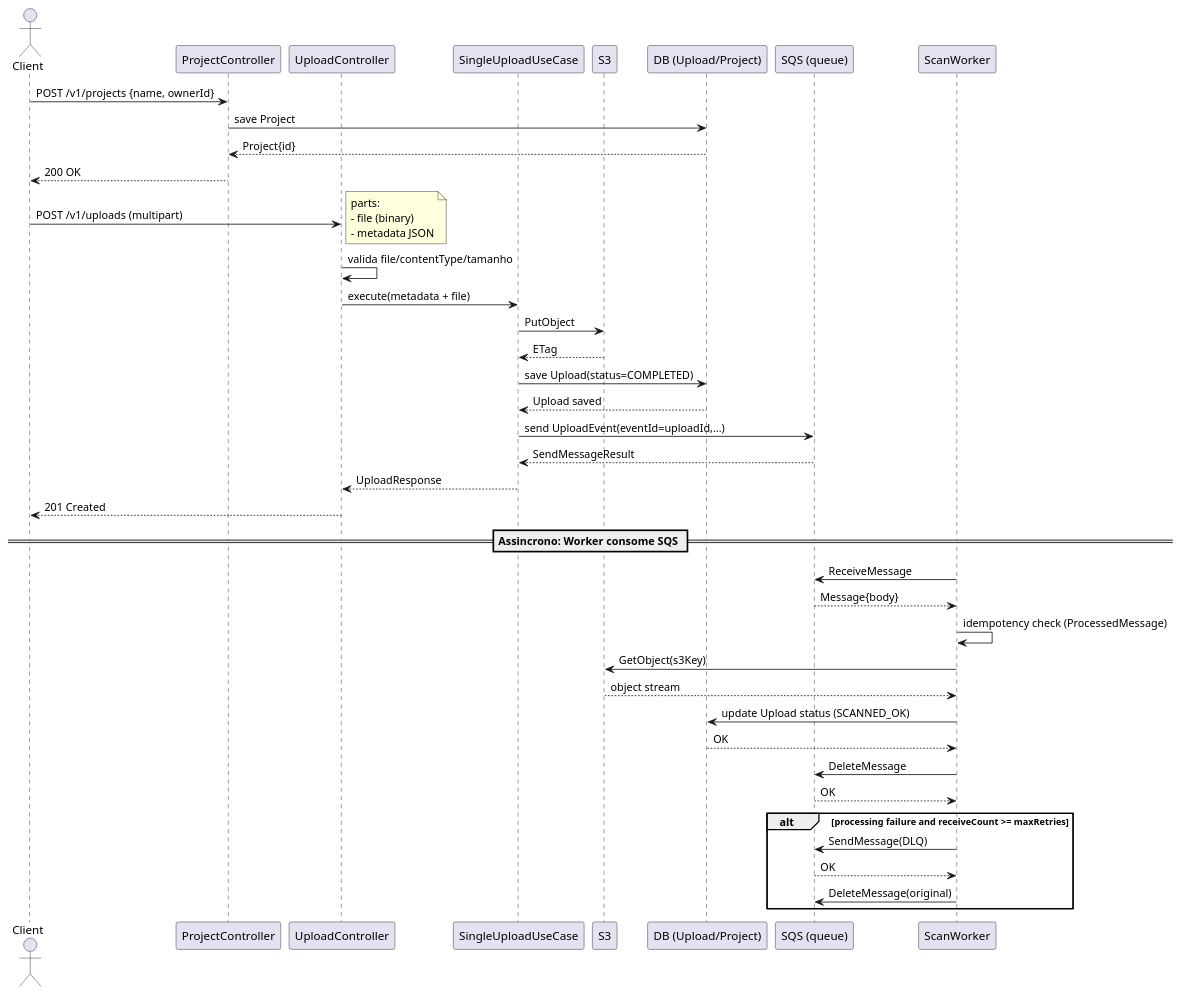
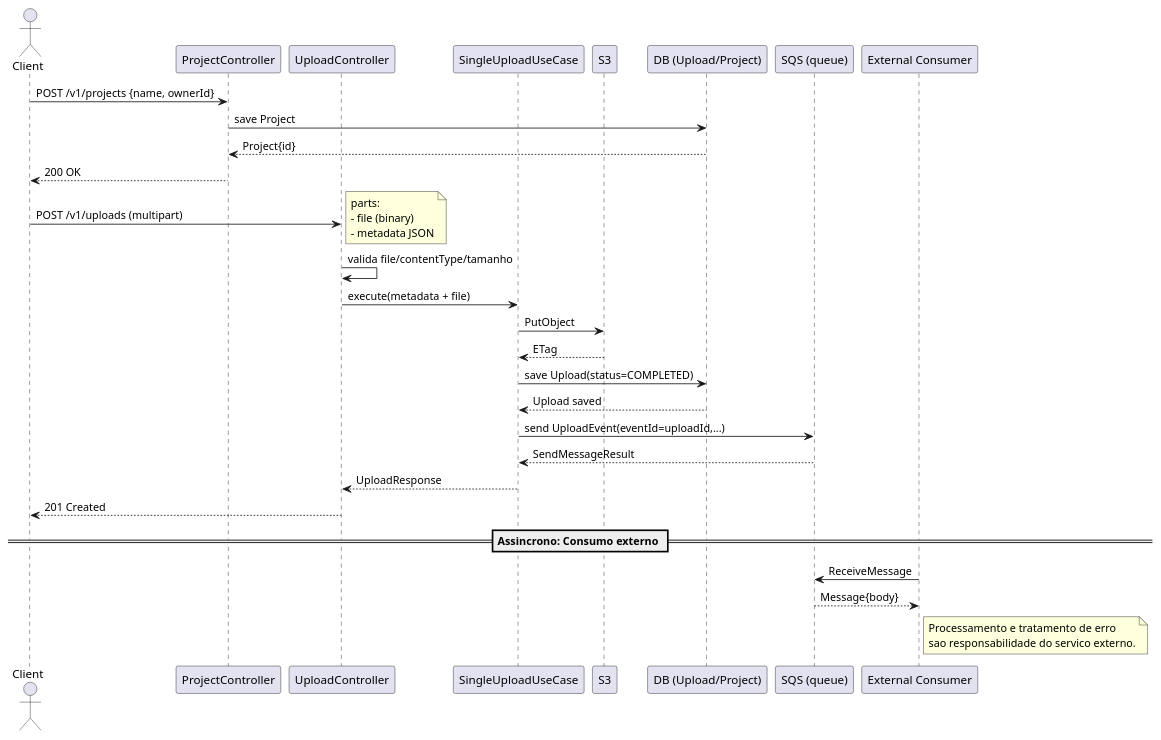
One commit to architecture-ai-analyzer/upload-service changed the diagram in docs/sequence-upload.md. Above: the diagram before and after it, drawn with PlantUML. The commit also changed other lines of this file and 27 other files, not shown here.

````diff
--- a/docs/sequence-upload.md
+++ b/docs/sequence-upload.md
@@ -111,53 +109,44 @@
 ```plantuml
 @startuml
 actor Client
 participant "ProjectController" as PC
 participant "UploadController" as UC
 participant "SingleUploadUseCase" as SU
 participant "S3" as S3
 participant "DB (Upload/Project)" as DB
 participant "SQS (queue)" as SQS
-participant "ScanWorker" as SW
+participant "External Consumer" as EC
 
 Client -> PC: POST /v1/projects {name, ownerId}
 PC -> DB: save Project
 DB --> PC: Project{id}
 PC --> Client: 200 OK
 
 Client -> UC: POST /v1/uploads (multipart)
 note right
 parts:
 - file (binary)
 - metadata JSON
 end note
 
 UC -> UC: valida file/contentType/tamanho
 UC -> SU: execute(metadata + file)
 SU -> S3: PutObject
 S3 --> SU: ETag
 SU -> DB: save Upload(status=COMPLETED)
 DB --> SU: Upload saved
 SU -> SQS: send UploadEvent(eventId=uploadId,...)
 SQS --> SU: SendMessageResult
 SU --> UC: UploadResponse
 UC --> Client: 201 Created
 
-== Assincrono: Worker consome SQS ==
-SW -> SQS: ReceiveMessage
-SQS --> SW: Message{body}
-SW -> SW: idempotency check (ProcessedMessage)
-SW -> S3: GetObject(s3Key)
-S3 --> SW: object stream
-SW -> DB: update Upload status (SCANNED_OK)
-DB --> SW: OK
-SW -> SQS: DeleteMessage
-SQS --> SW: OK
-
-alt processing failure and receiveCount >= maxRetries
-        SW -> SQS: SendMessage(DLQ)
-        SQS --> SW: OK
-        SW -> SQS: DeleteMessage(original)
-end
+== Assincrono: Consumo externo ==
+EC -> SQS: ReceiveMessage
+SQS --> EC: Message{body}
+note right of EC
+Processamento e tratamento de erro
+sao responsabilidade do servico externo.
+end note
 
 @enduml
 ```
````
